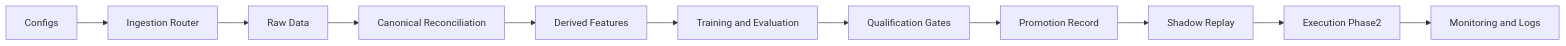
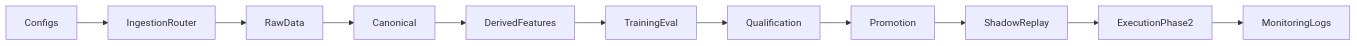
The first of 3 diagrams in README.md (skyliquid22/Quanto), drawn with Mermaid before and after one commit. The commit also changed other lines of this file, not shown here.

Commit message:
fix: use simplest mermaid syntax

````diff
--- a/README.md
+++ b/README.md
@@ -37,13 +37,13 @@
 ```mermaid
-graph LR
-    A[Configs] --> B[Ingestion Router]
-    B --> C[Raw Data]
-    C --> D[Canonical Reconciliation]
-    D --> E[Derived Features]
-    E --> F[Training and Evaluation]
-    F --> G[Qualification Gates]
-    G --> H[Promotion Record]
-    H --> I[Shadow Replay]
-    I --> J[Execution Phase2]
-    J --> K[Monitoring and Logs]
+graph LR;
+    A[Configs] --> B[IngestionRouter];
+    B --> C[RawData];
+    C --> D[Canonical];
+    D --> E[DerivedFeatures];
+    E --> F[TrainingEval];
+    F --> G[Qualification];
+    G --> H[Promotion];
+    H --> I[ShadowReplay];
+    I --> J[ExecutionPhase2];
+    J --> K[MonitoringLogs];
 ```
````
